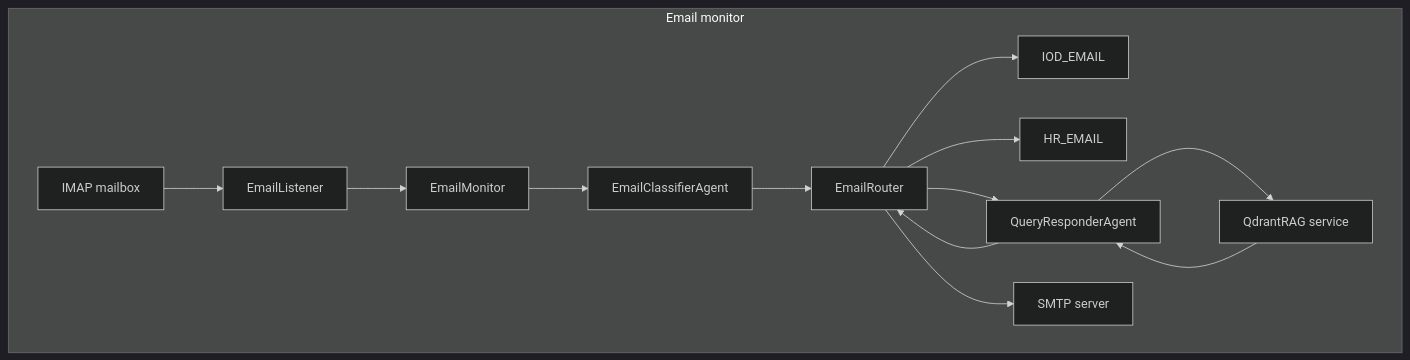
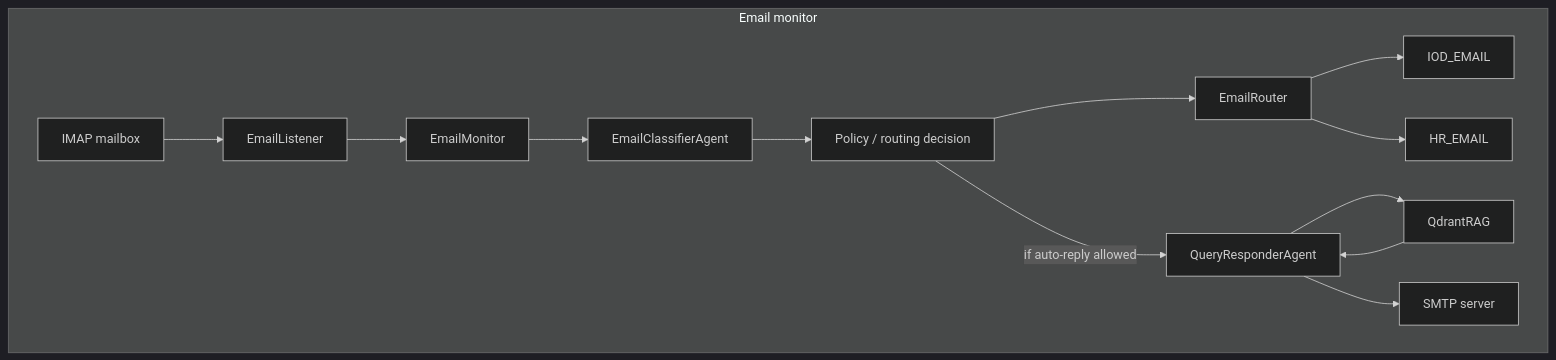
One commit to Adam-Palacz/hr-ai-agent-design changed the second of 2 diagrams in docs/ARCHITECTURE_EN.md. Above: the diagram before and after it, drawn with Mermaid (dark theme). The commit also changed other lines of this file and 4 other files, not shown here.

Commit message:
Added architecture - TODO

````diff
--- a/docs/ARCHITECTURE_EN.md
+++ b/docs/ARCHITECTURE_EN.md
@@ -228,24 +197,23 @@
 ```mermaid
 flowchart TB
     subgraph Monitor[Email monitor]
         EMon[EmailMonitor]
         EListen[EmailListener]
+        EClass[EmailClassifierAgent]
+        Policy[Policy / routing decision]
         ERouter[EmailRouter]
-        EClass[EmailClassifierAgent]
         QR[QueryResponderAgent]
-        RAG[QdrantRAG service]
+        RAG[QdrantRAG]
         Mail[IMAP mailbox] --> EListen
         EListen --> EMon
         EMon --> EClass
-        EClass --> ERouter
-
+        EClass --> Policy
+        Policy --> ERouter
         ERouter --> IODBox[IOD_EMAIL]
         ERouter --> HRBox[HR_EMAIL]
-
-        ERouter --> QR
+        Policy -->|if auto-reply allowed| QR
         QR --> RAG
         RAG --> QR
-        QR --> ERouter
-        ERouter --> MailOut[SMTP server]
+        QR --> MailOut[SMTP server]
     end
 ```
````
